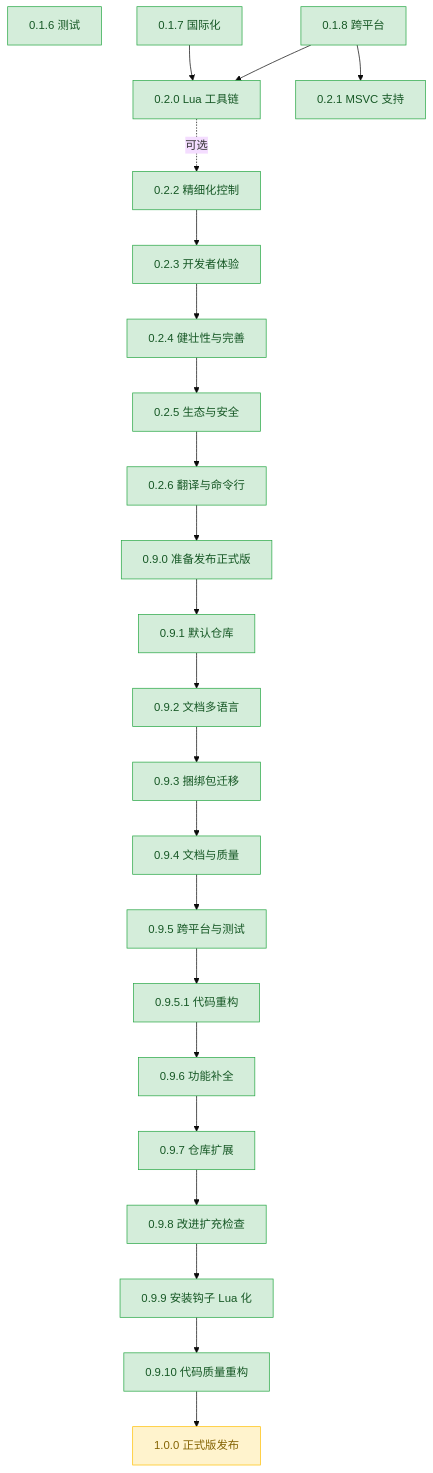
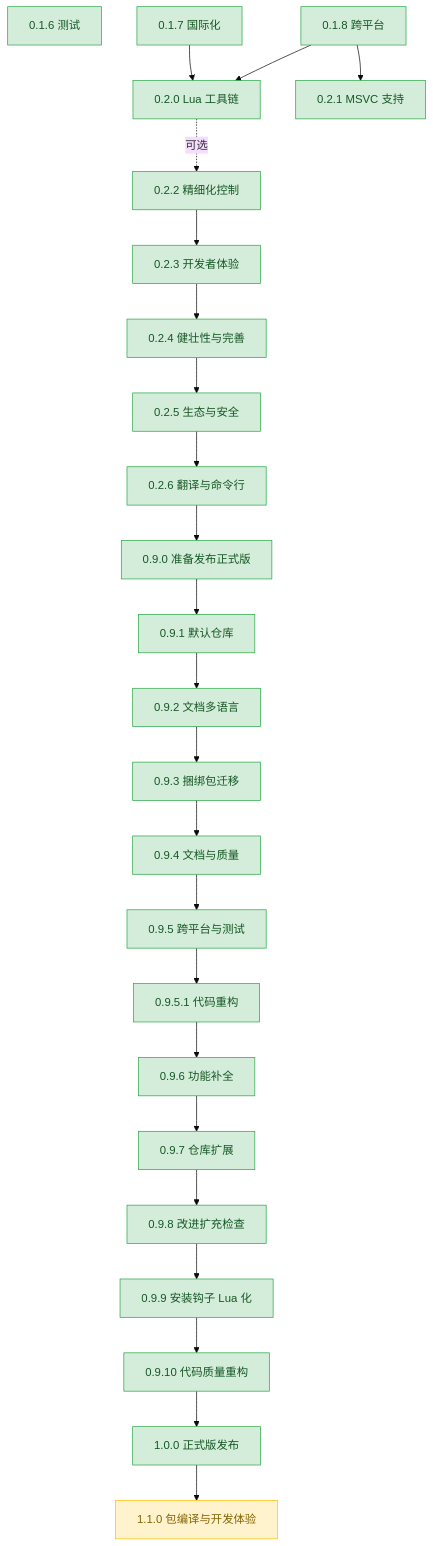
One commit to 3667808244/EazyMake changed the diagram in plans/README.md. Above: the diagram before and after it, drawn with Mermaid (base theme). The commit also changed other lines of this file and 3 other files, not shown here.

Commit message:
1.0.0: 整理 1.1.0 计划 — plans/README.md 新增 1.1.0 路线图 + plan.md 更新执行状态 + 1.1.0-dev 文件归入 release/

````diff
--- a/plans/README.md
+++ b/plans/README.md
@@ -72,55 +80,57 @@
 ```mermaid
 graph TD
     v016["0.1.6 测试"]
     v017["0.1.7 国际化"]
     v018["0.1.8 跨平台"]
     v020["0.2.0 Lua 工具链"]
     v021["0.2.1 MSVC 支持"]
     v022["0.2.2 精细化控制"]
     v023["0.2.3 开发者体验"]
     v024["0.2.4 健壮性与完善"]
     v025["0.2.5 生态与安全"]
     v026["0.2.6 翻译与命令行"]
     v090["0.9.0 准备发布正式版"]
     v091["0.9.1 默认仓库"]
     v092["0.9.2 文档多语言"]
     v093["0.9.3 捆绑包迁移"]
     v094["0.9.4 文档与质量"]
     v095["0.9.5 跨平台与测试"]
     v0951["0.9.5.1 代码重构"]
     v096["0.9.6 功能补全"]
     v097["0.9.7 仓库扩展"]
     v098["0.9.8 改进扩充检查"]
     v099["0.9.9 安装钩子 Lua 化"]
     v0910["0.9.10 代码质量重构"]
     v100["1.0.0 正式版发布"]
+    v110["1.1.0 包编译与开发体验"]
 
     v018 --> v021
     v017 --> v020
     v018 --> v020
     v020 -.可选.-> v022
     v022 --> v023
     v023 --> v024
     v024 --> v025
     v025 --> v026
     v026 --> v090
     v090 --> v091
     v091 --> v092
     v092 --> v093
     v093 --> v094
     v094 --> v095
     v095 --> v0951
     v0951 --> v096
     v096 --> v097
     v097 --> v098
     v098 --> v099
     v099 --> v0910
     v0910 --> v100
+    v100 --> v110
 
     classDef done fill:#d4edda,stroke:#28a745,color:#155724;
     classDef active fill:#fff3cd,stroke:#ffc107,color:#856404;
     classDef todo fill:#e2e3e5,stroke:#6c757d,color:#383d41;
 
-    class v016,v017,v018,v020,v021,v022,v023,v024,v025,v026,v090,v091,v092,v093,v094,v095,v0951,v096,v097,v098,v099,v0910 done;
-    class v100 active;
+    class v016,v017,v018,v020,v021,v022,v023,v024,v025,v026,v090,v091,v092,v093,v094,v095,v0951,v096,v097,v098,v099,v0910,v100 done;
+    class v110 active;
 ```
````
